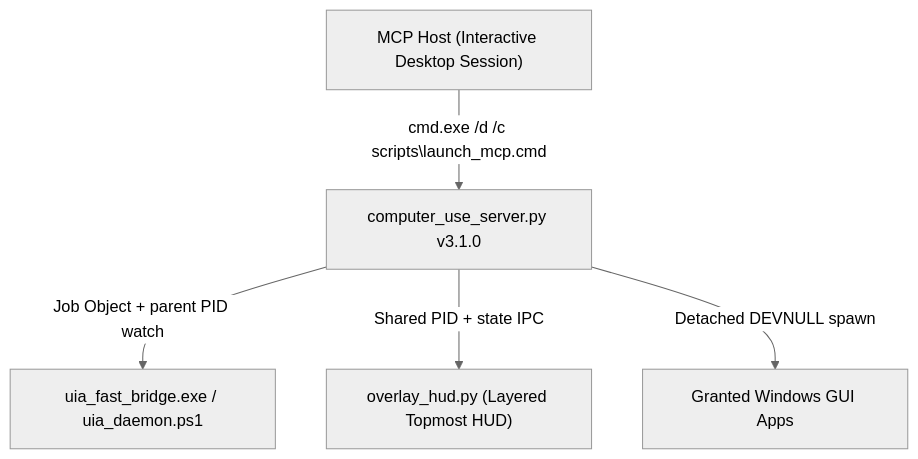
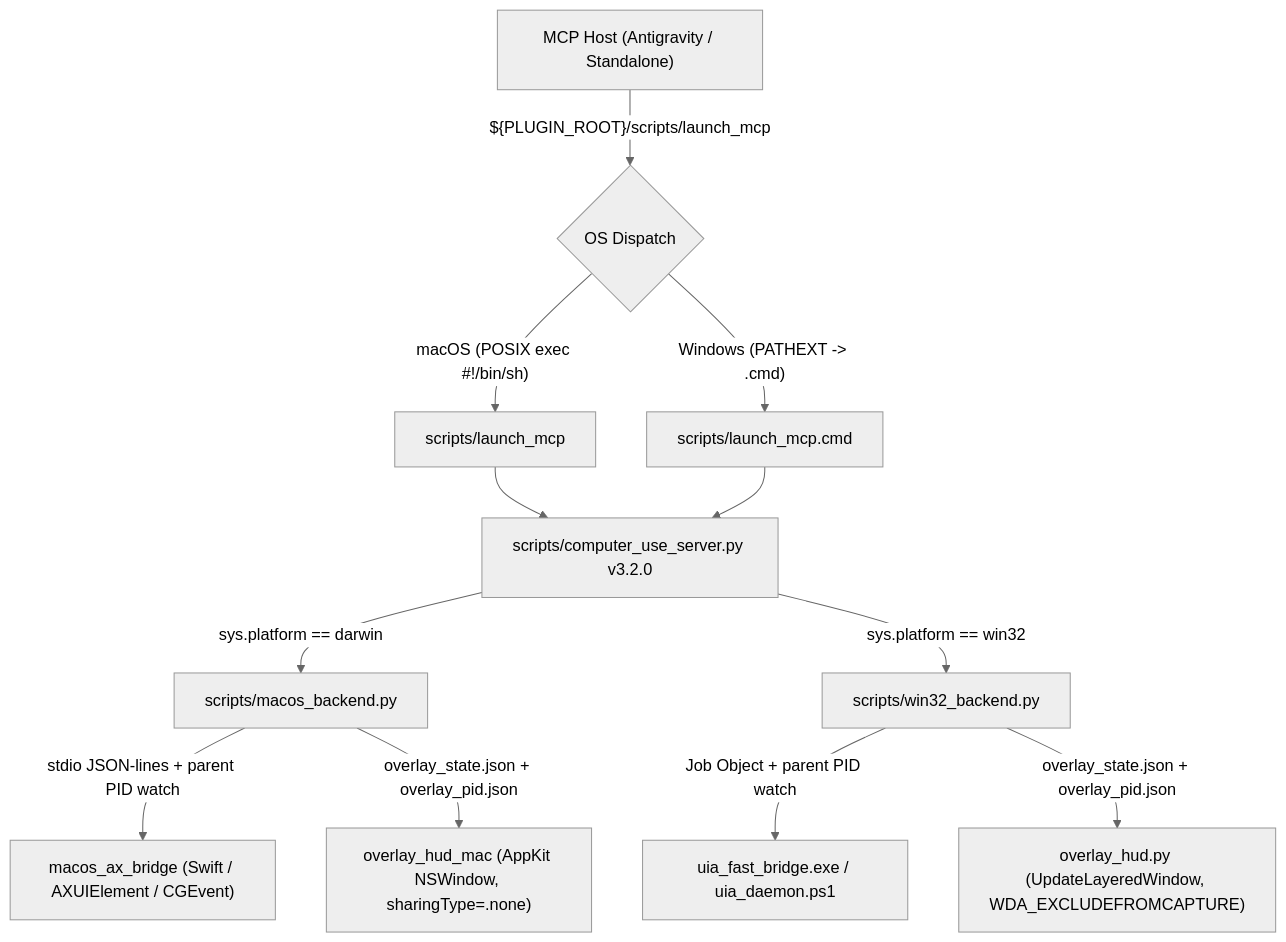
Before and after one commit to 908akash/Antigravity-Computer-Use-Plugin: the diagram in ARCHITECTURE.md, drawn with Mermaid (neutral theme). The commit also changed other lines of this file and 16 other files, not shown here.

Commit message:
Add native macOS support for cross-platform v3.2.0

````diff
--- a/ARCHITECTURE.md
+++ b/ARCHITECTURE.md
@@ -9,7 +9,14 @@
 ```mermaid
 flowchart TD
-    Host["MCP Host (Interactive Desktop Session)"] -->|"cmd.exe /d /c scripts\launch_mcp.cmd"| Server["computer_use_server.py v3.1.0"]
-    Server -->|"Job Object + parent PID watch"| UIA["uia_fast_bridge.exe / uia_daemon.ps1"]
-    Server -->|"Shared PID + state IPC"| HUD["overlay_hud.py (Layered Topmost HUD)"]
-    Server -->|"Detached DEVNULL spawn"| Apps["Granted Windows GUI Apps"]
+    Host["MCP Host (Antigravity / Standalone)"] -->|"${PLUGIN_ROOT}/scripts/launch_mcp"| Dispatch{"OS Dispatch"}
+    Dispatch -->|"macOS (POSIX exec #!/bin/sh)"| LaunchMac["scripts/launch_mcp"]
+    Dispatch -->|"Windows (PATHEXT -> .cmd)"| LaunchWin["scripts/launch_mcp.cmd"]
+    LaunchMac --> Server["scripts/computer_use_server.py v3.2.0"]
+    LaunchWin --> Server
+    Server -->|"sys.platform == darwin"| MacBE["scripts/macos_backend.py"]
+    Server -->|"sys.platform == win32"| WinBE["scripts/win32_backend.py"]
+    MacBE -->|"stdio JSON-lines + parent PID watch"| MacBridge["macos_ax_bridge (Swift / AXUIElement / CGEvent)"]
+    MacBE -->|"overlay_state.json + overlay_pid.json"| MacHUD["overlay_hud_mac (AppKit NSWindow, sharingType=.none)"]
+    WinBE -->|"Job Object + parent PID watch"| WinUIA["uia_fast_bridge.exe / uia_daemon.ps1"]
+    WinBE -->|"overlay_state.json + overlay_pid.json"| WinHUD["overlay_hud.py (UpdateLayeredWindow, WDA_EXCLUDEFROMCAPTURE)"]
 ```
````
